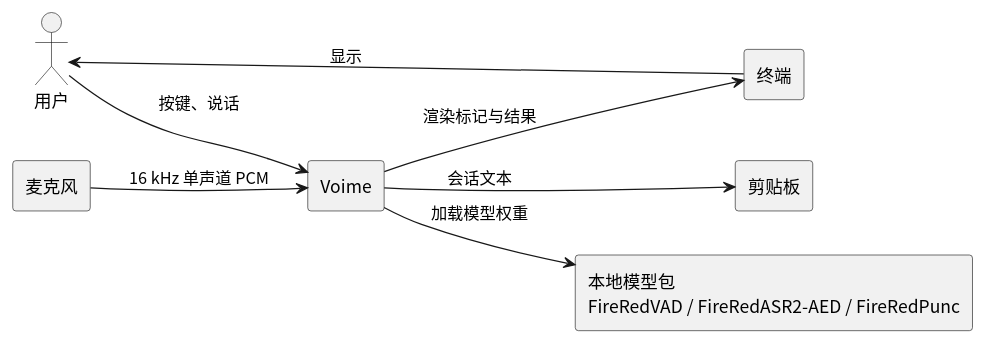
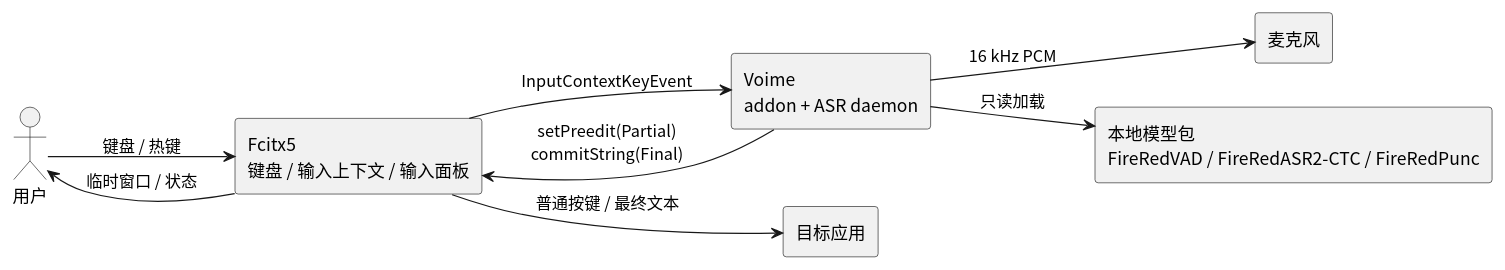
Before and after one commit to 54m43lJ/voime: the diagram in diagram/general-architecture.puml, drawn with PlantUML. The commit also changed 24 other files, not shown here.

Commit message:
docs: 按提案落笔 Fcitx5 输入法与 CTC 文档

```diff
--- a/diagram/general-architecture.puml
+++ b/diagram/general-architecture.puml
@@ -1,20 +1,21 @@
 @startuml
 skinparam defaultFontName "Noto Sans CJK SC"
 skinparam shadowing false
 skinparam componentStyle rectangle
 left to right direction
 
 actor "用户" as User
-component "Voime" as App
+component "Fcitx5\n键盘 / 输入上下文 / 输入面板" as Fcitx
+component "Voime\naddon + ASR daemon" as Voime
+component "目标应用" as App
 component "麦克风" as Mic
-component "终端" as Term
-component "剪贴板" as Clip
-component "本地模型包\nFireRedVAD / FireRedASR2-AED / FireRedPunc" as Models
+component "本地模型包\nFireRedVAD / FireRedASR2-CTC / FireRedPunc" as Models
 
-User --> App : 按键、说话
-App --> Term : 渲染标记与结果
-Term --> User : 显示
-Mic --> App : 16 kHz 单声道 PCM
-App --> Clip : 会话文本
-App --> Models : 加载模型权重
+User --> Fcitx : 键盘 / 热键
+Fcitx --> Voime : InputContextKeyEvent
+Voime --> Fcitx : setPreedit(Partial)\ncommitString(Final)
+Fcitx --> App : 普通按键 / 最终文本
+Fcitx --> User : 临时窗口 / 状态
+Voime --> Mic : 16 kHz PCM
+Voime --> Models : 只读加载
 @enduml
```
